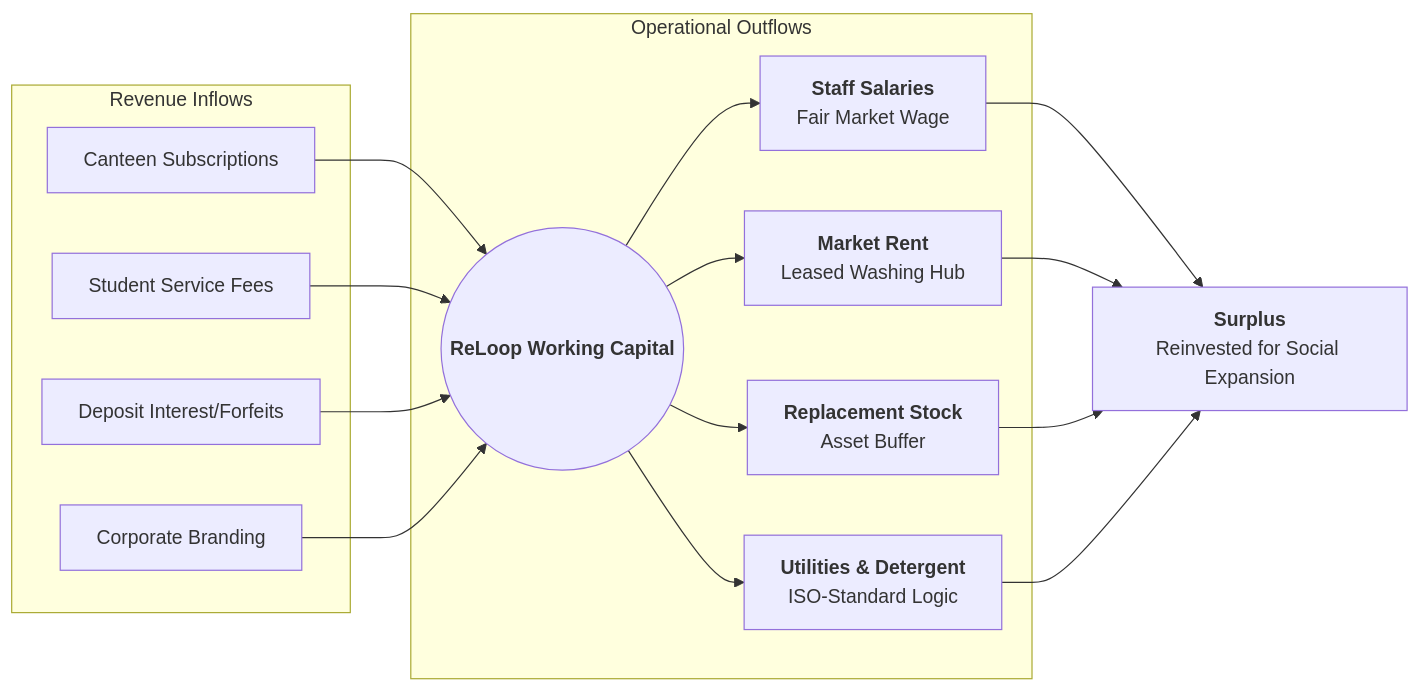
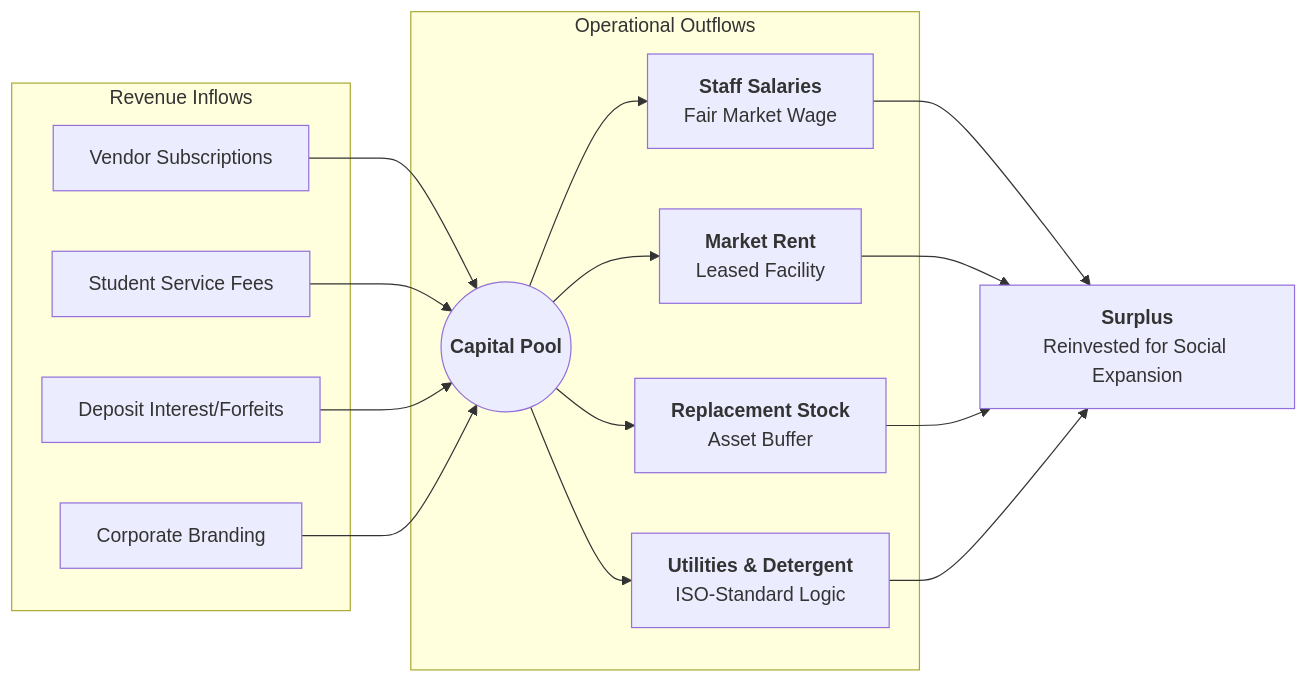
The second of 2 diagrams in 05_ReLoop_Utensil/Award_Submission_Sections/Visual_Workflows.md (Steventanardi/NovusOrdo), drawn with Mermaid before and after one commit. The commit also changed other lines of this file and 6 other files, not shown here.

````diff
--- a/05_ReLoop_Utensil/Award_Submission_Sections/Visual_Workflows.md
+++ b/05_ReLoop_Utensil/Award_Submission_Sections/Visual_Workflows.md
@@ -39,20 +35,20 @@
 ```mermaid
 graph LR
     subgraph "Revenue Inflows"
-    R1[Canteen Subscriptions]
+    R1[Vendor Subscriptions]
     R2[Student Service Fees]
     R3[Deposit Interest/Forfeits]
     R4[Corporate Branding]
     end
 
-    R1 & R2 & R3 & R4 --> Pool((<b>ReLoop Working Capital</b>))
+    R1 & R2 & R3 & R4 --> Pool((<b>Capital Pool</b>))
 
     subgraph "Operational Outflows"
     Pool --> E1[<b>Staff Salaries</b><br/>Fair Market Wage]
-    Pool --> E2[<b>Market Rent</b><br/>Leased Washing Hub]
+    Pool --> E2[<b>Market Rent</b><br/>Leased Facility]
     Pool --> E3[<b>Replacement Stock</b><br/>Asset Buffer]
     Pool --> E4[<b>Utilities & Detergent</b><br/>ISO-Standard Logic]
     end
 
     E1 & E2 & E3 & E4 --> S[<b>Surplus</b><br/>Reinvested for Social Expansion]
 ```
````
